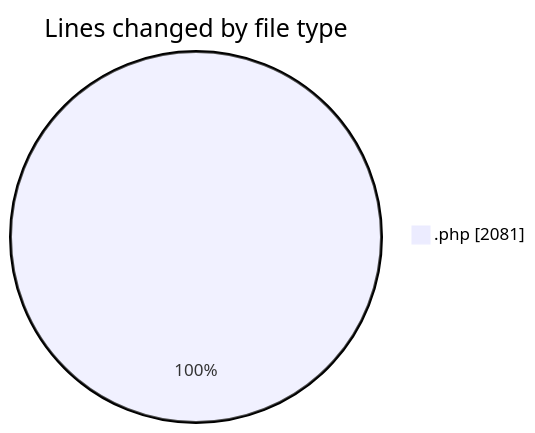
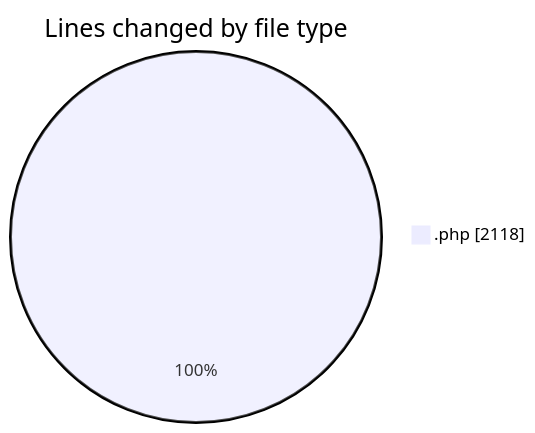
Before and after one commit to debugP/code-tracking: the first of 2 diagrams in 2025-10-22/untitled__workspace_/README.md, drawn with Mermaid. The commit also changed other lines of this file and 1 other file, not shown here.

````diff
--- a/2025-10-22/untitled__workspace_/README.md
+++ b/2025-10-22/untitled__workspace_/README.md
@@ -20,5 +20,5 @@
 ```mermaid
 pie showData
 title Lines changed by file type
-".php" : 2081
+".php" : 2118
 ```
````
